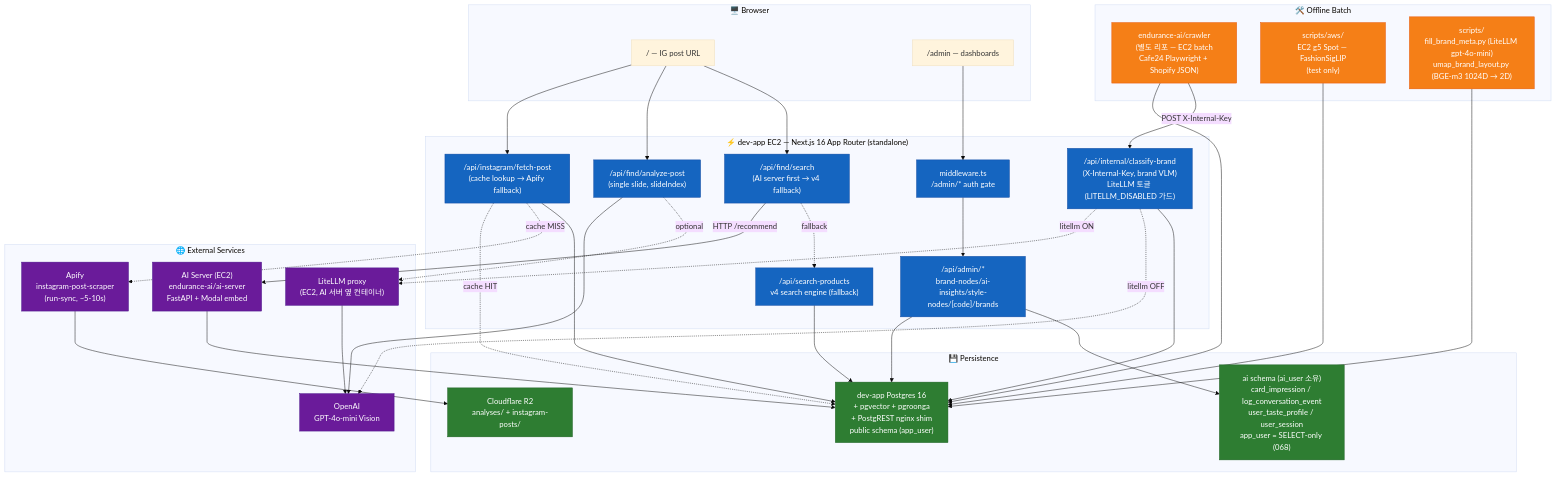
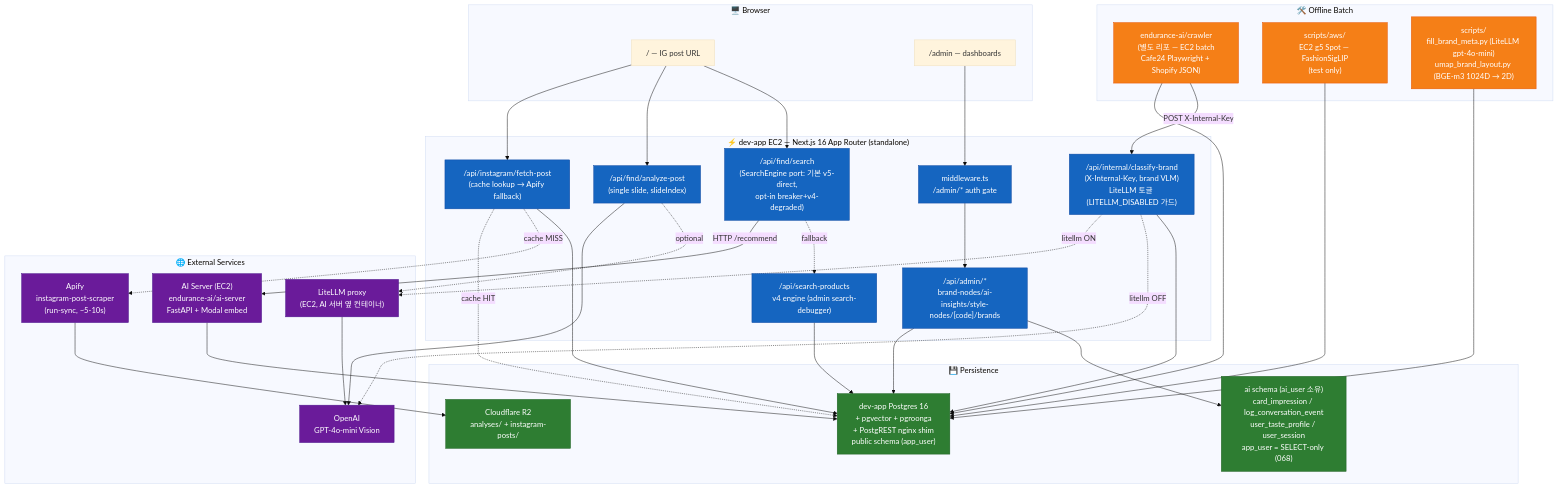
Before and after one commit to endurance-ai/portal.ai: the diagram in docs/ARCHITECTURE.md, drawn with Mermaid (base theme). The commit also changed other lines of this file and 15 other files, not shown here.

First line of the commit message:
feat(SPEC-SEARCH-UNIFY-001): 버전 스왑 가능 SearchEngine port (v5 active / v4 degraded fallback / v6 seam) (#60)

````diff
--- a/docs/ARCHITECTURE.md
+++ b/docs/ARCHITECTURE.md
@@ -35,74 +35,74 @@
 ```mermaid
 graph TB
     subgraph Browser["🖥️ Browser"]
         U1["/ — IG post URL"]
         U2["/admin — dashboards"]
     end
 
     subgraph Vercel["⚡ dev-app EC2 — Next.js 16 App Router (standalone)"]
         MW["middleware.ts<br/>/admin/* auth gate"]
         API_IG["/api/instagram/fetch-post<br/>(cache lookup → Apify fallback)"]
         API_FIND_AN["/api/find/analyze-post<br/>(single slide, slideIndex)"]
-        API_FIND_S["/api/find/search<br/>(AI server first → v4 fallback)"]
-        API_SEARCH["/api/search-products<br/>v4 search engine (fallback)"]
+        API_FIND_S["/api/find/search<br/>(SearchEngine port: 기본 v5-direct,<br/>opt-in breaker+v4-degraded)"]
+        API_SEARCH["/api/search-products<br/>v4 engine (admin search-debugger)"]
         API_ADMIN["/api/admin/*<br/>brand-nodes/ai-insights/style-nodes/[code]/brands"]
         API_INTERNAL["/api/internal/classify-brand<br/>(X-Internal-Key, brand VLM)<br/>LiteLLM 토글 (LITELLM_DISABLED 가드)"]
     end
 
     subgraph External["🌐 External Services"]
         APIFY["Apify<br/>instagram-post-scraper<br/>(run-sync, ~5-10s)"]
         OAI["OpenAI<br/>GPT-4o-mini Vision"]
         AISERVER["AI Server (EC2)<br/>endurance-ai/ai-server<br/>FastAPI + Modal embed"]
         LITELLM["LiteLLM proxy<br/>(EC2, AI 서버 옆 컨테이너)"]
     end
 
     subgraph Data["💾 Persistence"]
         SB["dev-app Postgres 16<br/>+ pgvector + pgroonga<br/>+ PostgREST nginx shim<br/>public schema (app_user)"]
         AIDB["ai schema (ai_user 소유)<br/>card_impression / log_conversation_event<br/>user_taste_profile / user_session<br/>app_user = SELECT-only (068)"]
         R2["Cloudflare R2<br/>analyses/ + instagram-posts/"]
     end
 
     subgraph Batch["🛠️ Offline Batch"]
         CRAWL["endurance-ai/crawler<br/>(별도 리포 — EC2 batch<br/>Cafe24 Playwright + Shopify JSON)"]
         EMBED["scripts/aws/<br/>EC2 g5 Spot — FashionSigLIP<br/>(test only)"]
         BRANDSCRIPTS["scripts/<br/>fill_brand_meta.py (LiteLLM gpt-4o-mini)<br/>umap_brand_layout.py (BGE-m3 1024D → 2D)"]
     end
 
     U1 --> API_IG
     API_IG -. cache HIT .-> SB
     API_IG -. cache MISS .-> APIFY
     APIFY --> R2
     API_IG --> SB
 
     U1 --> API_FIND_AN
     API_FIND_AN --> OAI
     API_FIND_AN -.optional.-> LITELLM --> OAI
 
     U1 --> API_FIND_S
     API_FIND_S -->|HTTP /recommend| AISERVER
     API_FIND_S -. fallback .-> API_SEARCH
     AISERVER --> SB
     API_SEARCH --> SB
 
     U2 --> MW --> API_ADMIN
     API_ADMIN --> SB
     API_ADMIN --> AIDB
 
     CRAWL --> SB
     CRAWL -->|POST X-Internal-Key| API_INTERNAL
     API_INTERNAL -.litellm ON.-> LITELLM
     API_INTERNAL -.litellm OFF.-> OAI
     API_INTERNAL --> SB
     EMBED --> SB
     BRANDSCRIPTS --> SB
 
     classDef vercel fill:#1565c0,stroke:#0d47a1,color:#fff
     classDef ext fill:#6a1b9a,stroke:#4a148c,color:#fff
     classDef data fill:#2e7d32,stroke:#1b5e20,color:#fff
     classDef batch fill:#f57f17,stroke:#e65100,color:#fff
 
     class MW,API_SEARCH,API_IG,API_FIND_AN,API_FIND_S,API_ADMIN,API_INTERNAL vercel
     class APIFY,OAI,LITELLM,AISERVER ext
     class SB,R2,AIDB data
     class CRAWL,EMBED,BRANDSCRIPTS batch
 ```
````
